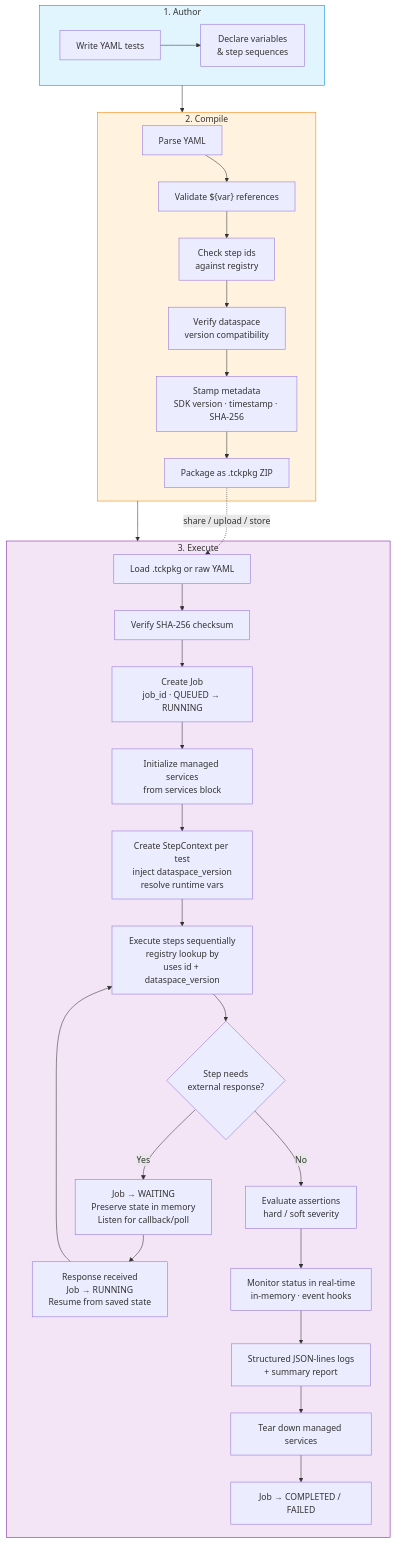
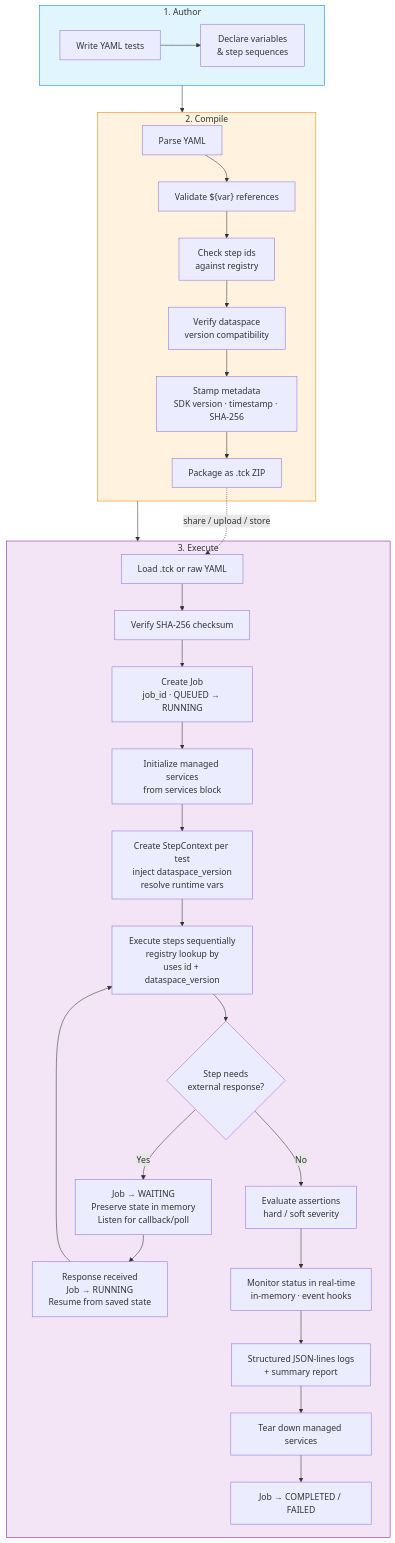
One commit to eclipse-tractusx/tractusx-testlab changed the second of 15 diagrams in docs/specification/specification/concepts.md. Above: the diagram before and after it, drawn with Mermaid. The commit also changed other lines of this file and 305 other files, not shown here.

````diff
--- a/docs/specification/specification/concepts.md
+++ b/docs/specification/specification/concepts.md
@@ -74,49 +74,49 @@
 ```mermaid
 flowchart TD
     subgraph Author ["1. Author"]
         A1[Write YAML tests]
         A2[Declare variables<br/>& step sequences]
         A1 --> A2
     end
 
     subgraph Compile ["2. Compile"]
         B1[Parse YAML]
         B2["Validate ${var} references"]
         B3[Check step ids<br/>against registry]
         B4[Verify dataspace<br/>version compatibility]
         B5[Stamp metadata<br/>SDK version · timestamp · SHA-256]
-        B6[Package as .tckpkg ZIP]
+        B6[Package as .tck ZIP]
 
         B1 --> B2 --> B3 --> B4 --> B5 --> B6
     end
 
     subgraph Execute ["3. Execute"]
-        C1[Load .tckpkg or raw YAML]
+        C1[Load .tck or raw YAML]
         C2[Verify SHA-256 checksum]
         C1b[Create Job<br/>job_id · QUEUED → RUNNING]
         C2b[Initialize managed services<br/>from services block]
         C3[Create StepContext per test<br/>inject dataspace_version<br/>resolve runtime vars]
         C4[Execute steps sequentially<br/>registry lookup by<br/>uses id + dataspace_version]
         C4b{Step needs<br/>external response?}
         C4c[Job → WAITING<br/>Preserve state in memory<br/>Listen for callback/poll]
         C4d[Response received<br/>Job → RUNNING<br/>Resume from saved state]
         C5[Evaluate assertions<br/>hard / soft severity]
         C6[Monitor status in real-time<br/>in-memory · event hooks]
         C7[Structured JSON-lines logs<br/>+ summary report]
         C8[Tear down managed services]
         C9[Job → COMPLETED / FAILED]
 
         C1 --> C2 --> C1b --> C2b --> C3 --> C4
         C4 --> C4b
         C4b -->|Yes| C4c --> C4d --> C4
         C4b -->|No| C5 --> C6 --> C7 --> C8 --> C9
     end
 
     Author --> Compile --> Execute
 
     B6 -. "share / upload / store" .-> C1
 
     style Author fill:#e1f5fe,stroke:#0288d1
     style Compile fill:#fff3e0,stroke:#f57c00
     style Execute fill:#f3e5f5,stroke:#7b1fa2
 ```
````
